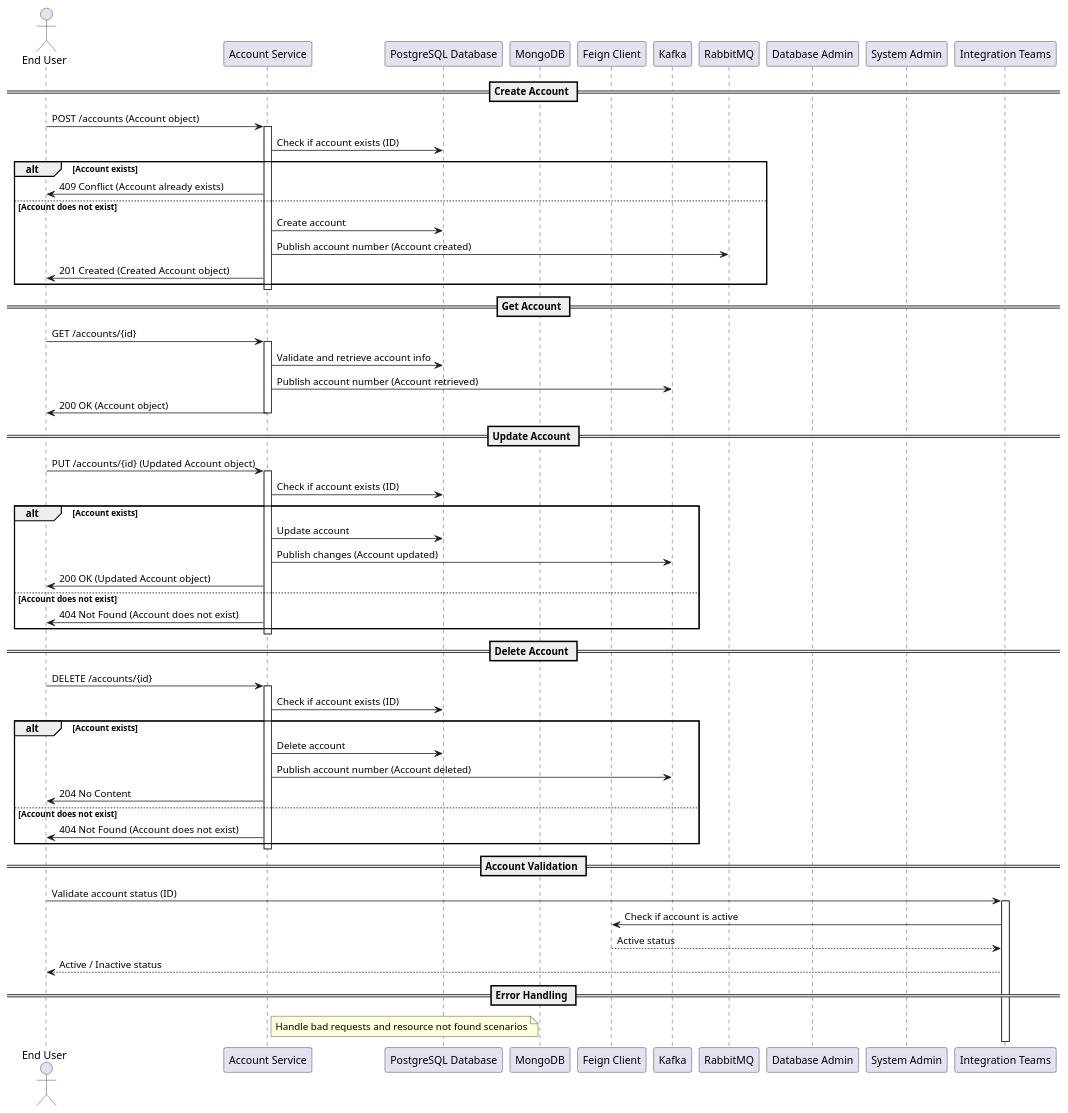
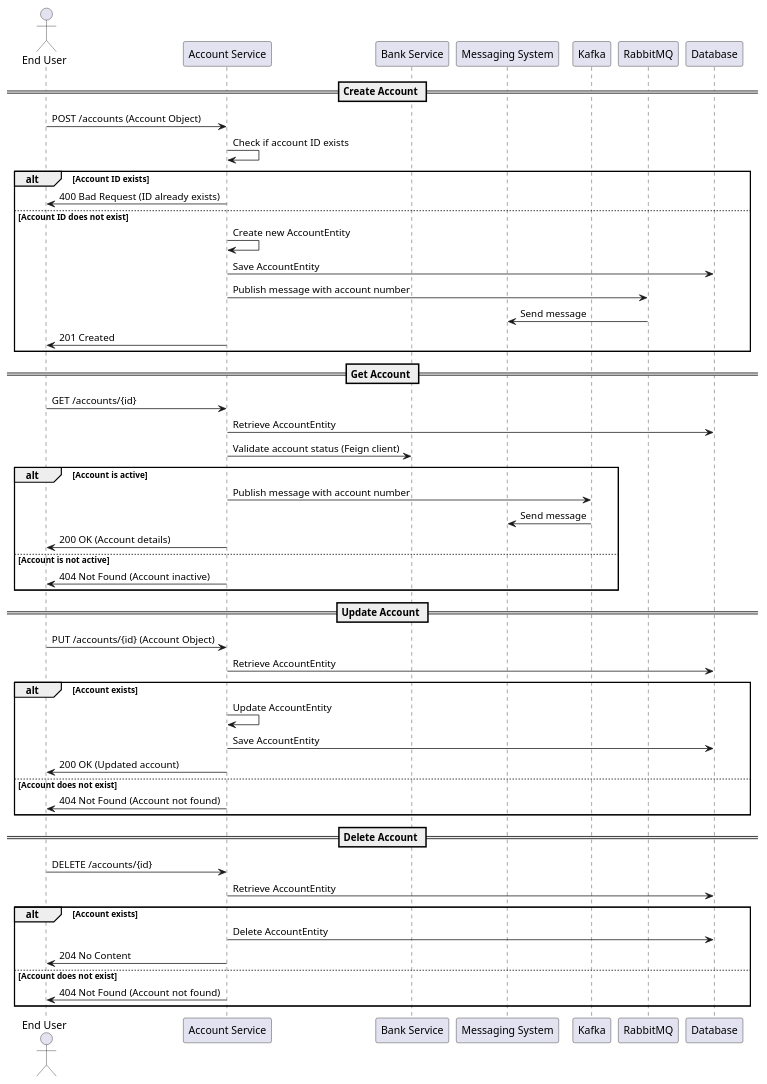
One commit to Bhaskar-Pavan/AccountService changed the diagram in design_document/AccountService.md. Above: the diagram before and after it, drawn with PlantUML. The commit also changed other lines of this file, not shown here.

````diff
--- a/design_document/AccountService.md
+++ b/design_document/AccountService.md
@@ -37,71 +37,57 @@
 ```plantuml
 @startuml
 actor "End User" as User
-participant "Account Service" as Service
-participant "PostgreSQL Database" as PostgreSQL
-participant "MongoDB" as MongoDB
-participant "Feign Client" as FeignClient
+participant "Account Service" as AccountService
+participant "Bank Service" as BankService
+participant "Messaging System" as MessagingSystem
 participant "Kafka" as Kafka
 participant "RabbitMQ" as RabbitMQ
-participant "Database Admin" as DBAdmin
-participant "System Admin" as SysAdmin
-participant "Integration Teams" as Integration
 
 == Create Account ==
-User -> Service : POST /accounts (Account object)
-activate Service
-Service -> PostgreSQL : Check if account exists (ID)
-alt Account exists
-    Service -> User : 409 Conflict (Account already exists)
-else Account does not exist
-    Service -> PostgreSQL : Create account
-    Service -> RabbitMQ : Publish account number (Account created)
-    Service -> User : 201 Created (Created Account object)
+User -> AccountService : POST /accounts (Account Object)
+AccountService -> AccountService : Check if account ID exists
+alt Account ID exists
+    AccountService -> User : 400 Bad Request (ID already exists)
+else Account ID does not exist
+    AccountService -> AccountService : Create new AccountEntity
+    AccountService -> Database : Save AccountEntity
+    AccountService -> RabbitMQ : Publish message with account number
+    RabbitMQ -> MessagingSystem : Send message
+    AccountService -> User : 201 Created
 end
-deactivate Service
 
 == Get Account ==
-User -> Service : GET /accounts/{id}
-activate Service
-Service -> PostgreSQL : Validate and retrieve account info
-Service -> Kafka : Publish account number (Account retrieved)
-Service -> User : 200 OK (Account object)
-deactivate Service
+User -> AccountService : GET /accounts/{id}
+AccountService -> Database : Retrieve AccountEntity
+AccountService -> BankService : Validate account status (Feign client)
+alt Account is active
+    AccountService -> Kafka : Publish message with account number
+    Kafka -> MessagingSystem : Send message
+    AccountService -> User : 200 OK (Account details)
+else Account is not active
+    AccountService -> User : 404 Not Found (Account inactive)
+end
 
 == Update Account ==
-User -> Service : PUT /accounts/{id} (Updated Account object)
-activate Service
-Service -> PostgreSQL : Check if account exists (ID)
+User -> AccountService : PUT /accounts/{id} (Account Object)
+AccountService -> Database : Retrieve AccountEntity
 alt Account exists
-    Service -> PostgreSQL : Update account
-    Service -> Kafka : Publish changes (Account updated)
-    Service -> User : 200 OK (Updated Account object)
+    AccountService -> AccountService : Update AccountEntity
+    AccountService -> Database : Save AccountEntity
+    AccountService -> User : 200 OK (Updated account)
 else Account does not exist
-    Service -> User : 404 Not Found (Account does not exist)
+    AccountService -> User : 404 Not Found (Account not found)
 end
-deactivate Service
 
 == Delete Account ==
-User -> Service : DELETE /accounts/{id}
-activate Service
-Service -> PostgreSQL : Check if account exists (ID)
+User -> AccountService : DELETE /accounts/{id}
+AccountService -> Database : Retrieve AccountEntity
 alt Account exists
-    Service -> PostgreSQL : Delete account
-    Service -> Kafka : Publish account number (Account deleted)
-    Service -> User : 204 No Content
+    AccountService -> Database : Delete AccountEntity
+    AccountService -> User : 204 No Content
 else Account does not exist
-    Service -> User : 404 Not Found (Account does not exist)
+    AccountService -> User : 404 Not Found (Account not found)
 end
-deactivate Service
 
-== Account Validation ==
-User -> Integration : Validate account status (ID)
-activate Integration
-Integration -> FeignClient : Check if account is active
-FeignClient --> Integration : Active status
-Integration --> User : Active / Inactive status
-
-== Error Handling ==
-note right of Service : Handle bad requests and resource not found scenarios
 @enduml
 ```
````
